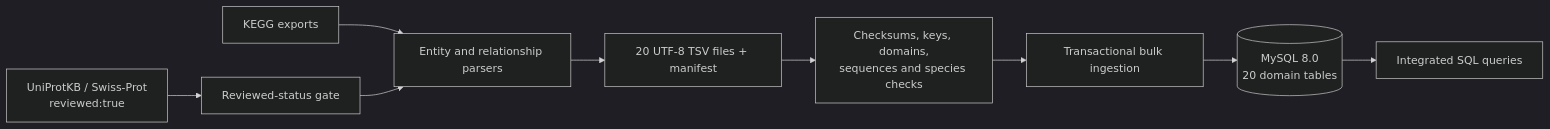
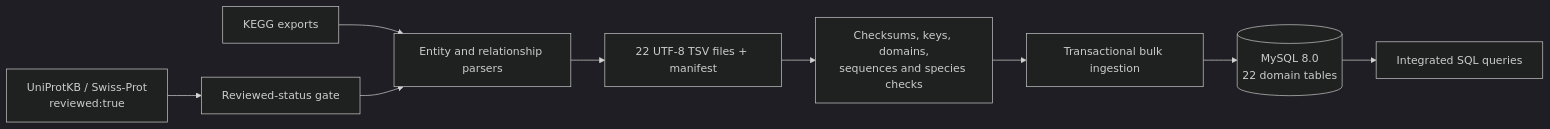
The diagram in README.md (martinastramacci/UniKegg), drawn with Mermaid (dark theme) before and after one commit. The commit also changed other lines of this file and 34 other files, not shown here.

````diff
--- a/README.md
+++ b/README.md
@@ -59,11 +60,11 @@
 ```mermaid
 flowchart LR
     K[KEGG exports] --> P[Entity and relationship parsers]
     U[UniProtKB / Swiss-Prot<br/>reviewed:true] --> G[Reviewed-status gate]
     G --> P
-    P --> T[20 UTF-8 TSV files + manifest]
+    P --> T[22 UTF-8 TSV files + manifest]
     T --> V[Checksums, keys, domains,<br/>sequences and species checks]
     V --> L[Transactional bulk ingestion]
-    L --> M[(MySQL 8.0<br/>20 domain tables)]
+    L --> M[(MySQL 8.0<br/>22 domain tables)]
     M --> Q[Integrated SQL queries]
 ```
````
